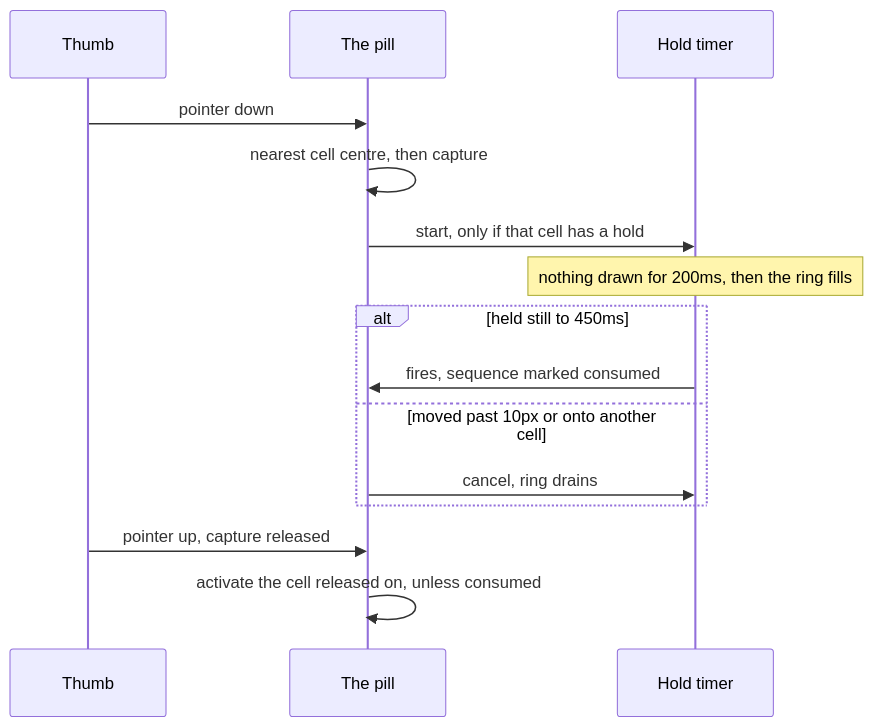
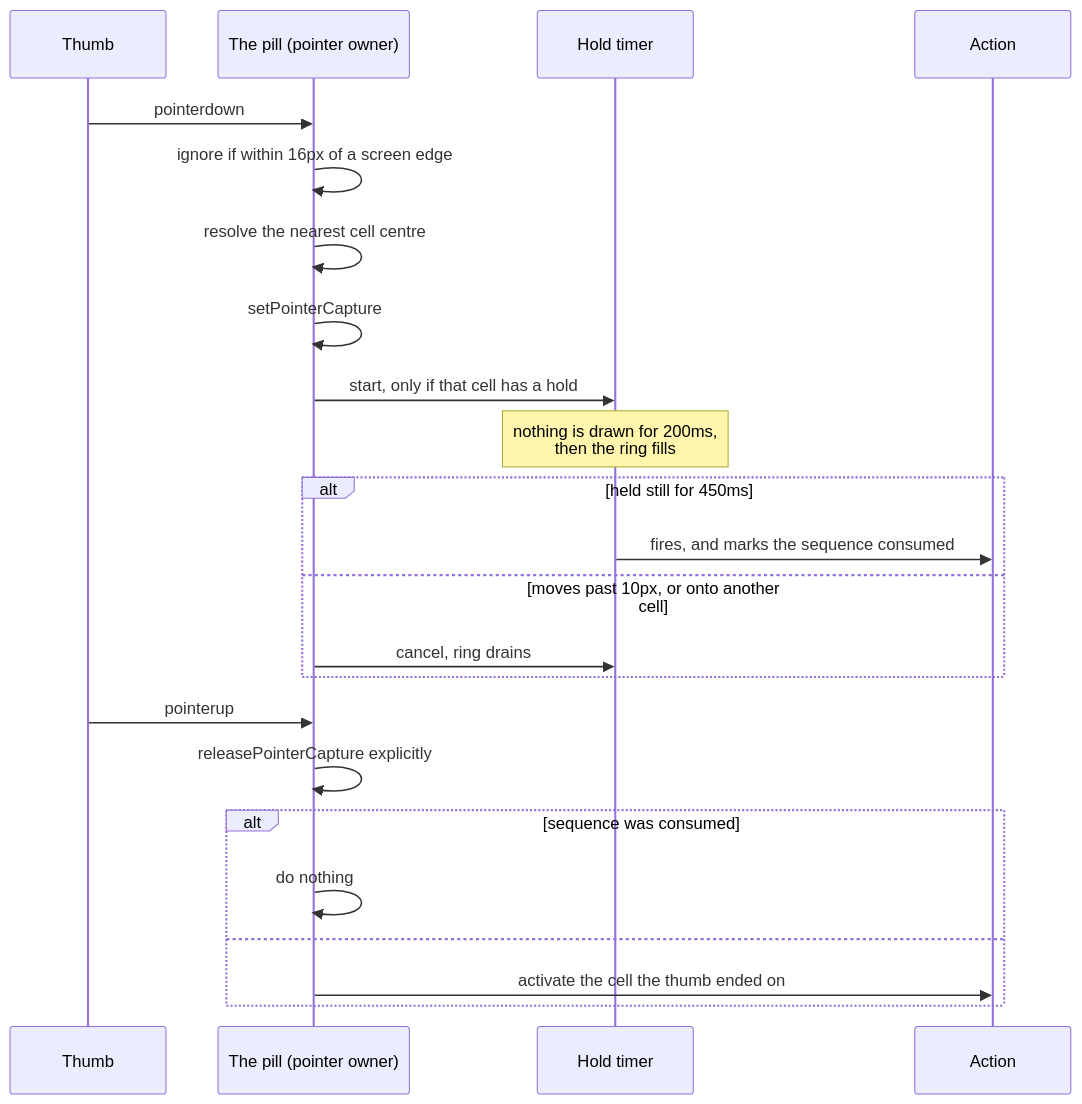
The second of 5 diagrams in docs/MOBILE-NAV.md (OffCrazyFreak/Disscount), drawn with Mermaid before and after one commit. The commit also changed other lines of this file, not shown here.

````diff
--- a/docs/MOBILE-NAV.md
+++ b/docs/MOBILE-NAV.md
@@ -55,17 +131,28 @@
 ```mermaid
 sequenceDiagram
     participant U as Thumb
-    participant B as The pill
+    participant B as The pill (pointer owner)
     participant T as Hold timer
-    U->>B: pointer down
-    B->>B: nearest cell centre, then capture
+    participant A as Action
+
+    U->>B: pointerdown
+    B->>B: ignore if within 16px of a screen edge
+    B->>B: resolve the nearest cell centre
+    B->>B: setPointerCapture
     B->>T: start, only if that cell has a hold
-    Note over T: nothing drawn for 200ms, then the ring fills
-    alt held still to 450ms
-        T->>B: fires, sequence marked consumed
-    else moved past 10px or onto another cell
+    Note over T: nothing is drawn for 200ms,<br/>then the ring fills
+
+    alt held still for 450ms
+        T->>A: fires, and marks the sequence consumed
+    else moves past 10px, or onto another cell
         B->>T: cancel, ring drains
     end
-    U->>B: pointer up, capture released
-    B->>B: activate the cell released on, unless consumed
+
+    U->>B: pointerup
+    B->>B: releasePointerCapture explicitly
+    alt sequence was consumed
+        B->>B: do nothing
+    else
+        B->>A: activate the cell the thumb ended on
+    end
 ```
````
